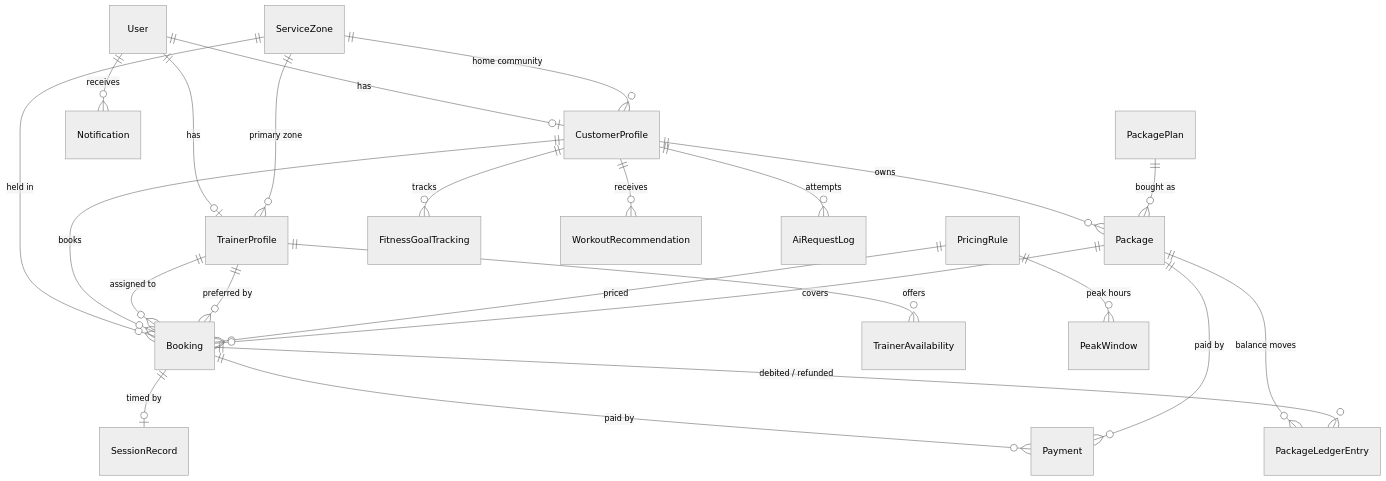
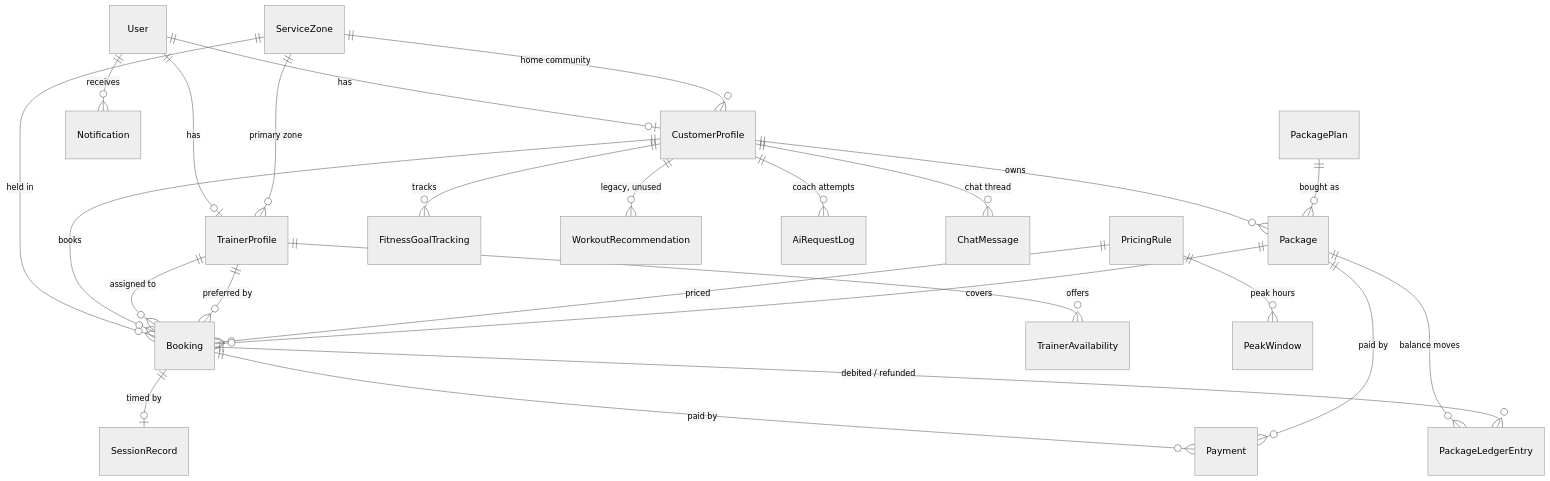
One commit to devhimanshuu/Zuryo changed the second of 2 diagrams in docs/architecture.md. Above: the diagram before and after it, drawn with Mermaid (neutral theme). The commit also changed other lines of this file and 10 other files, not shown here.

````diff
--- a/docs/architecture.md
+++ b/docs/architecture.md
@@ -103,26 +111,27 @@
 ```mermaid
 erDiagram
   User ||--o| CustomerProfile : has
   User ||--o| TrainerProfile : has
   User ||--o{ Notification : receives
   ServiceZone ||--o{ CustomerProfile : "home community"
   ServiceZone ||--o{ TrainerProfile : "primary zone"
   ServiceZone ||--o{ Booking : "held in"
   TrainerProfile ||--o{ TrainerAvailability : offers
   CustomerProfile ||--o{ Booking : books
   TrainerProfile ||--o{ Booking : "assigned to"
   TrainerProfile ||--o{ Booking : "preferred by"
   PricingRule ||--o{ PeakWindow : "peak hours"
   PricingRule ||--o{ Booking : "priced"
   CustomerProfile ||--o{ Package : owns
   PackagePlan ||--o{ Package : "bought as"
   Package ||--o{ PackageLedgerEntry : "balance moves"
   Booking ||--o{ PackageLedgerEntry : "debited / refunded"
   Package ||--o{ Booking : covers
   Booking ||--o{ Payment : "paid by"
   Package ||--o{ Payment : "paid by"
   Booking ||--o| SessionRecord : "timed by"
   CustomerProfile ||--o{ FitnessGoalTracking : tracks
-  CustomerProfile ||--o{ WorkoutRecommendation : receives
-  CustomerProfile ||--o{ AiRequestLog : "attempts"
+  CustomerProfile ||--o{ WorkoutRecommendation : "legacy, unused"
+  CustomerProfile ||--o{ AiRequestLog : "coach attempts"
+  CustomerProfile ||--o{ ChatMessage : "chat thread"
 ```
````
